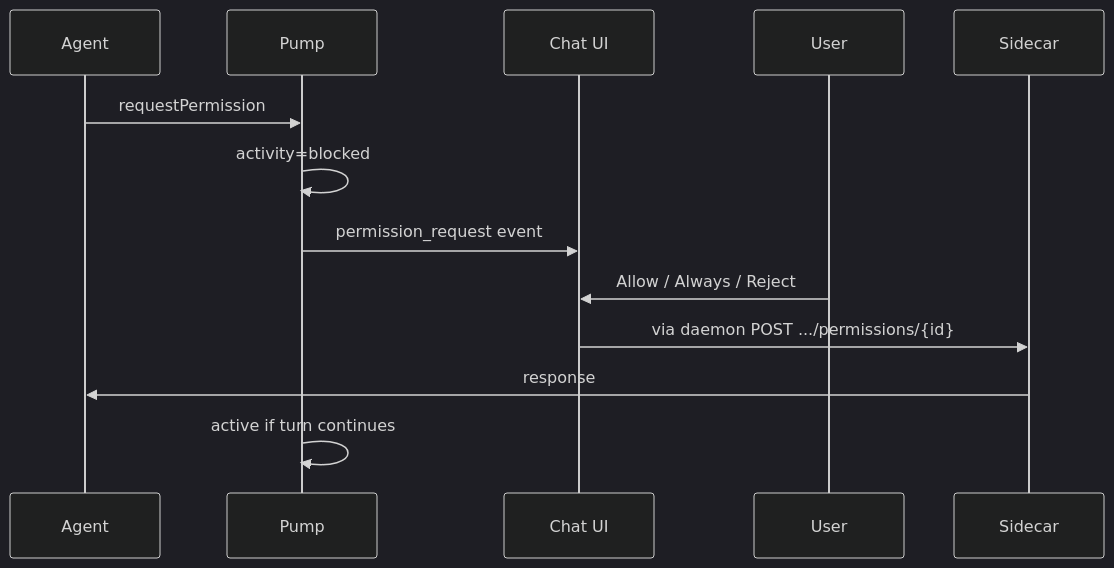
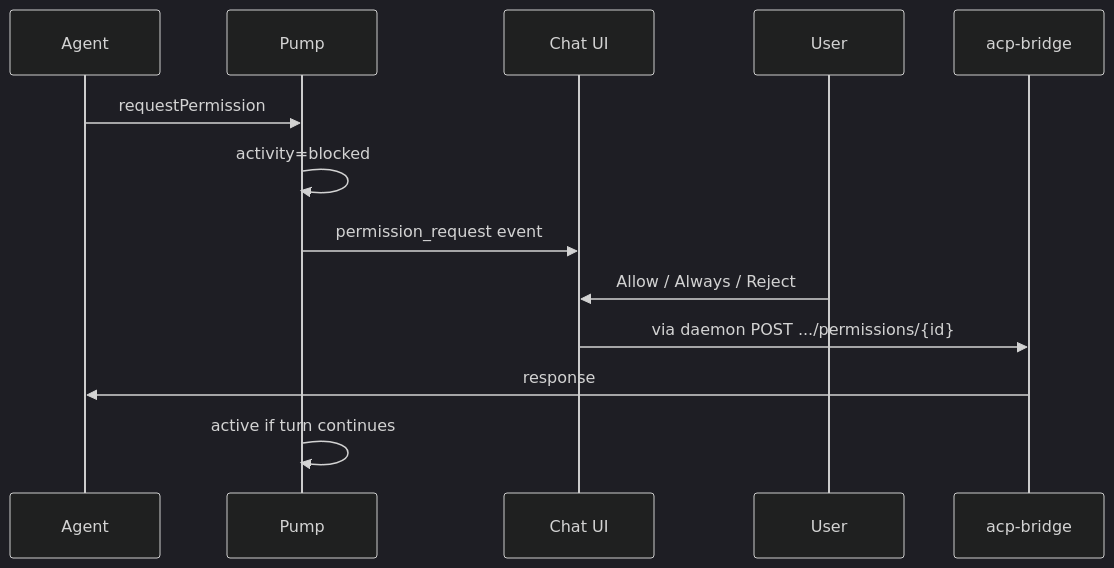
One commit to AgentWrapper/agent-orchestrator changed the sixth of 8 diagrams in docs/plans/acp-migration.md. Above: the diagram before and after it, drawn with Mermaid (dark theme). The commit also changed other lines of this file, not shown here.

First line of the commit message:
docs: add clean-room IP rules to ACP migration plan

````diff
--- a/docs/plans/acp-migration.md
+++ b/docs/plans/acp-migration.md
@@ -709,16 +755,16 @@
 ```mermaid
 sequenceDiagram
   participant Agent as Agent
   participant Pump as Pump
   participant FE as Chat UI
   participant User as User
-  participant SC as Sidecar
+  participant SC as acp-bridge
 
   Agent->>Pump: requestPermission
   Pump->>Pump: activity=blocked
   Pump->>FE: permission_request event
   User->>FE: Allow / Always / Reject
   FE->>SC: via daemon POST .../permissions/{id}
   SC->>Agent: response
   Pump->>Pump: active if turn continues
 ```
````
